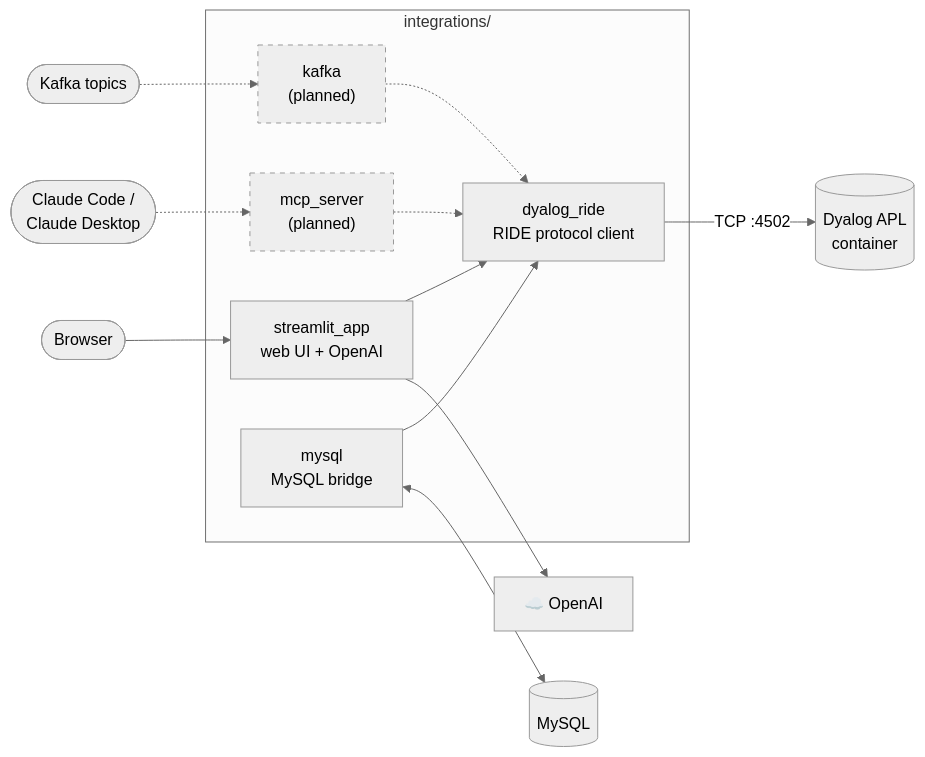
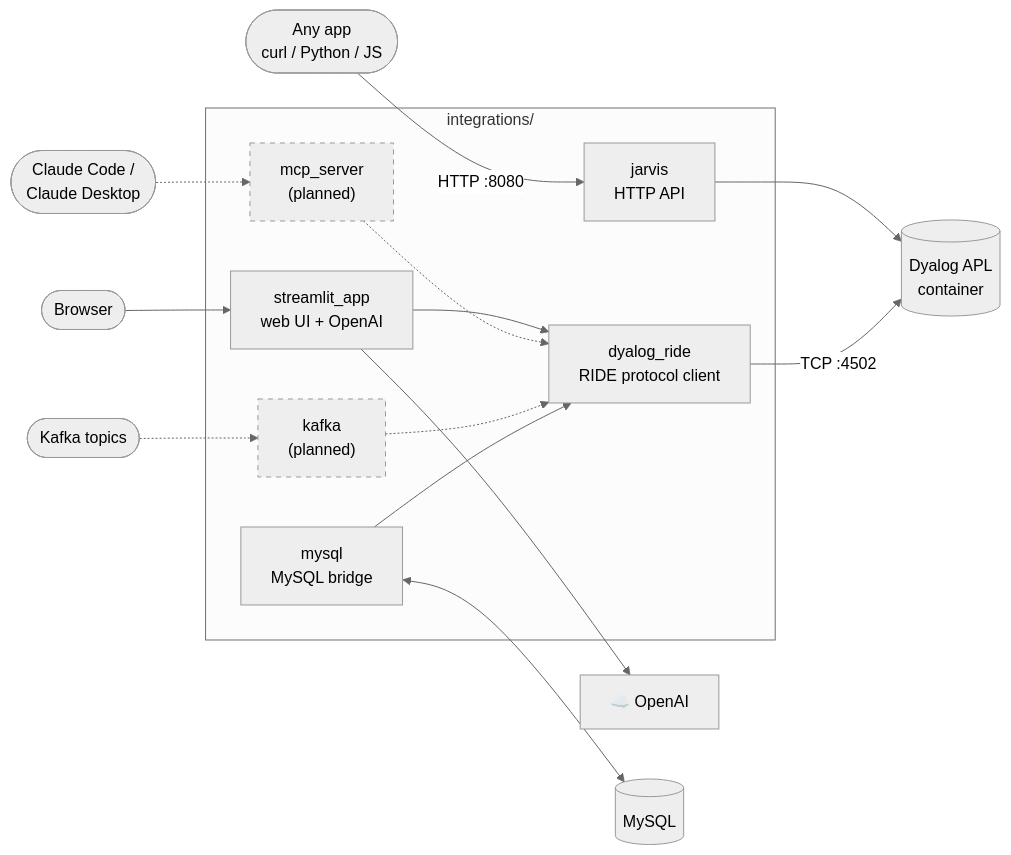
Before and after one commit to wshamim1/dyalog-apl-lab: the diagram in integrations/README.md, drawn with Mermaid (neutral theme). The commit also changed other lines of this file and 7 other files, not shown here.

Commit message:
Added High level Architecture diagram

````diff
--- a/integrations/README.md
+++ b/integrations/README.md
@@ -18,24 +20,27 @@
 ```mermaid
 flowchart LR
     subgraph integrations["integrations/"]
         st["streamlit_app<br/>web UI + OpenAI"]
         mcp["mcp_server<br/>(planned)"]:::planned
         kafka["kafka<br/>(planned)"]:::planned
         mysqlint["mysql<br/>MySQL bridge"]
+        jarvis["jarvis<br/>HTTP API"]
         ride["dyalog_ride<br/>RIDE protocol client"]
     end
 
     browser(["Browser"]) --> st
     llmclients(["Claude Code /<br/>Claude Desktop"]) -.-> mcp
     topics(["Kafka topics"]) -.-> kafka
     st --> openai["☁️ OpenAI"]
     mysqlint <--> mysqldb[("MySQL")]
 
     st --> ride
     mcp -.-> ride
     kafka -.-> ride
     mysqlint --> ride
+    apps(["Any app<br/>curl / Python / JS"]) -- "HTTP :8080" --> jarvis
+    jarvis --> dyalog
     ride -- "TCP :4502" --> dyalog[("Dyalog APL<br/>container")]
 
     classDef planned stroke-dasharray: 5 5
 ```
````
